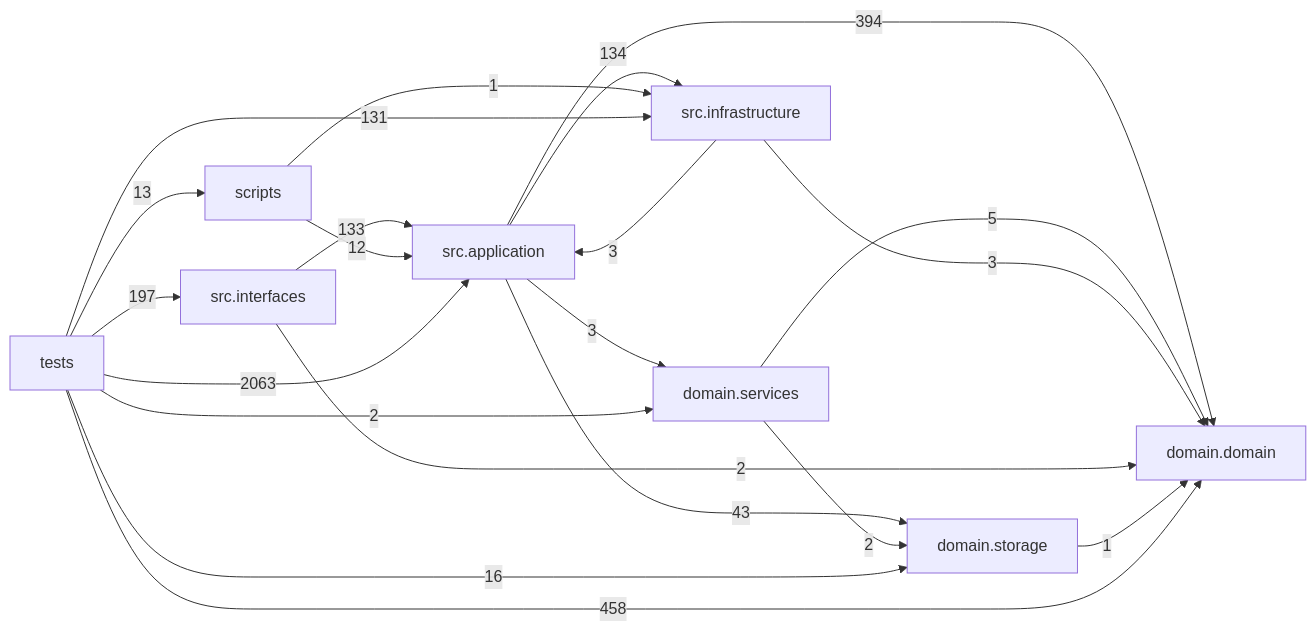
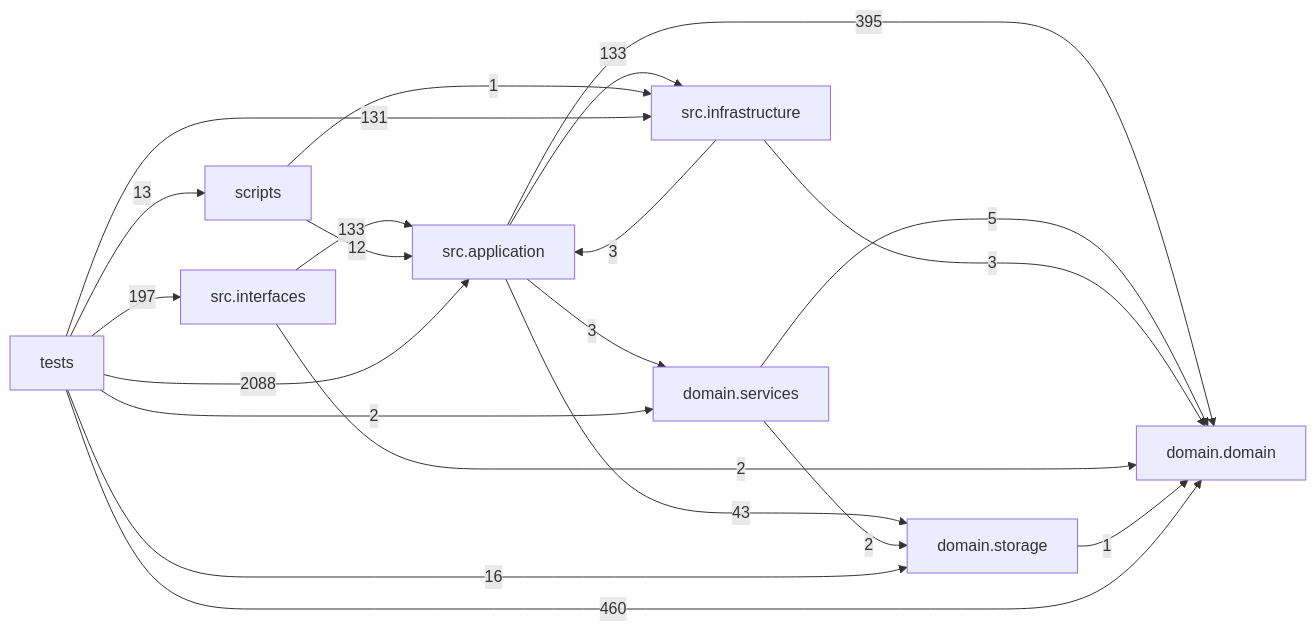
One commit to liuxie066/options-monitor changed the diagram in docs/DEPENDENCY_GRAPH.md. Above: the diagram before and after it, drawn with Mermaid. The commit also changed other lines of this file and 18 other files, not shown here.

````diff
--- a/docs/DEPENDENCY_GRAPH.md
+++ b/docs/DEPENDENCY_GRAPH.md
@@ -24,31 +24,31 @@
 ```mermaid
 flowchart LR
   tests["tests"]
   scripts["scripts"]
   interfaces["src.interfaces"]
   application["src.application"]
   infrastructure["src.infrastructure"]
   domain_services["domain.services"]
   domain["domain.domain"]
   storage["domain.storage"]
-  application -->|394| domain
+  application -->|395| domain
   application -->|3| domain_services
-  application -->|134| infrastructure
+  application -->|133| infrastructure
   application -->|43| storage
   domain_services -->|5| domain
   domain_services -->|2| storage
   infrastructure -->|3| application
   infrastructure -->|3| domain
   interfaces -->|133| application
   interfaces -->|2| domain
   scripts -->|12| application
   scripts -->|1| infrastructure
   storage -->|1| domain
-  tests -->|2063| application
-  tests -->|458| domain
+  tests -->|2088| application
+  tests -->|460| domain
   tests -->|2| domain_services
   tests -->|131| infrastructure
   tests -->|197| interfaces
   tests -->|13| scripts
   tests -->|16| storage
 ```
````
